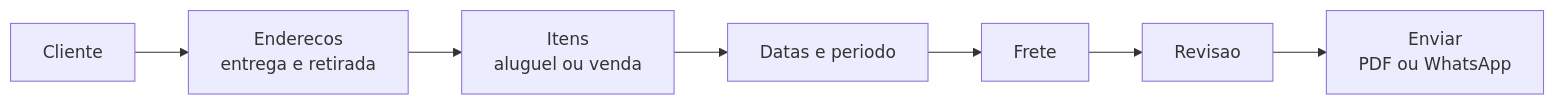
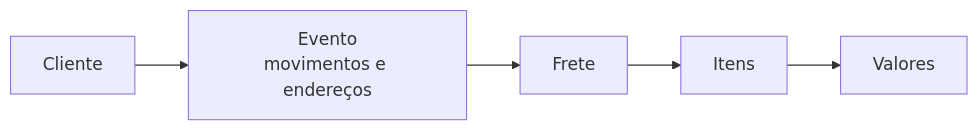
One commit to LocFlowTeam/locflow-docs changed the diagram in orcamentos/criando-um-orcamento.md. Above: the diagram before and after it, drawn with Mermaid. The commit also changed other lines of this file and 15 other files, not shown here.

````diff
--- a/orcamentos/criando-um-orcamento.md
+++ b/orcamentos/criando-um-orcamento.md
@@ -16,9 +45,7 @@
 ```mermaid
 flowchart LR
-    A[Cliente] --> B[Enderecos<br/>entrega e retirada]
-    B --> C[Itens<br/>aluguel ou venda]
-    C --> D[Datas e periodo]
-    D --> E[Frete]
-    E --> F[Revisao]
-    F --> G[Enviar<br/>PDF ou WhatsApp]
+    A[Cliente] --> B[Evento<br/>movimentos e endereços]
+    B --> C[Frete]
+    C --> D[Itens]
+    D --> E[Valores]
 ```
````
